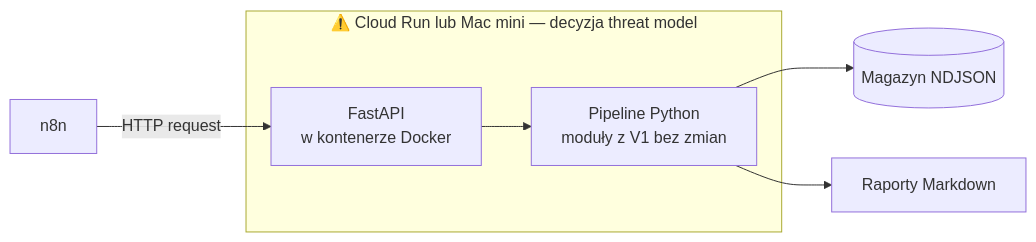
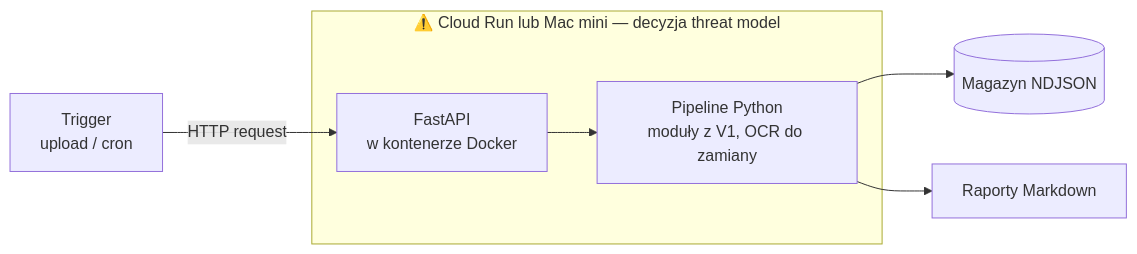
One commit to pmackowka/document-intelligence-platform changed the third of 4 diagrams in docs/roadmap.md. Above: the diagram before and after it, drawn with Mermaid. The commit also changed other lines of this file and 7 other files, not shown here.

````diff
--- a/docs/roadmap.md
+++ b/docs/roadmap.md
@@ -56,9 +56,9 @@
 ```mermaid
 flowchart LR
-    N[n8n] -->|HTTP request| API[FastAPI<br>w kontenerze Docker]
+    T["Trigger<br>upload / cron"] -->|HTTP request| API["FastAPI<br>w kontenerze Docker"]
     subgraph "⚠️ Cloud Run lub Mac mini — decyzja threat model"
-        API --> P[Pipeline Python<br>moduły z V1 bez zmian]
+        API --> P["Pipeline Python<br>moduły z V1, OCR do zamiany"]
     end
-    P --> D[(Magazyn NDJSON)]
-    P --> R[Raporty Markdown]
+    P --> D[("Magazyn NDJSON")]
+    P --> R["Raporty Markdown"]
 ```
````
